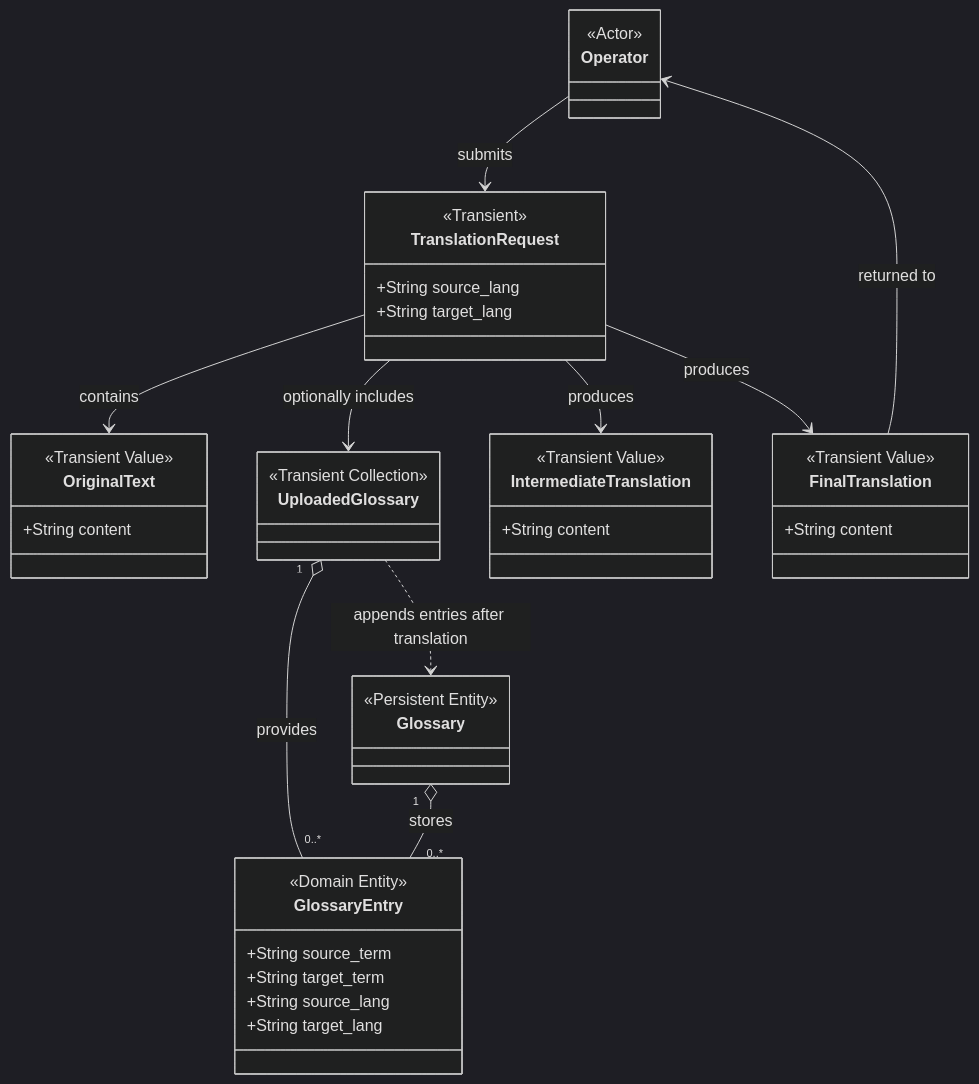
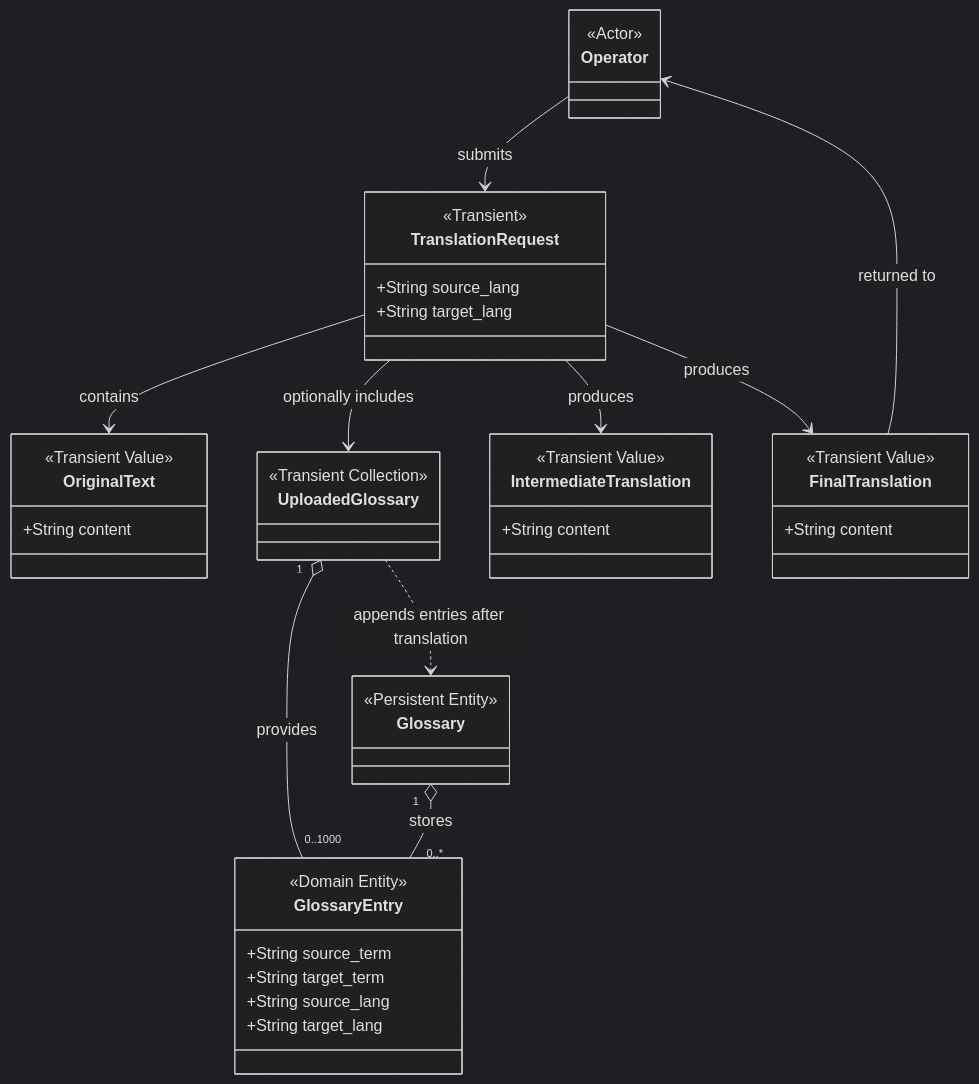
Before and after one commit to 1716964609/GMSv4: the diagram in docs/entity-model.md, drawn with Mermaid (dark theme). The commit also changed other lines of this file and 6 other files, not shown here.

Commit message:
feat(glossary): enforce 1000-entry upload limit

````diff
--- a/docs/entity-model.md
+++ b/docs/entity-model.md
@@ -50,61 +50,61 @@
 ```mermaid
 classDiagram
     direction TB
 
     class Operator {
         <<Actor>>
     }
 
     class TranslationRequest {
         <<Transient>>
         +String source_lang
         +String target_lang
     }
 
     class OriginalText {
         <<Transient Value>>
         +String content
     }
 
     class UploadedGlossary {
         <<Transient Collection>>
     }
 
     class Glossary {
         <<Persistent Entity>>
     }
 
     class GlossaryEntry {
         <<Domain Entity>>
         +String source_term
         +String target_term
         +String source_lang
         +String target_lang
     }
 
     class IntermediateTranslation {
         <<Transient Value>>
         +String content
     }
 
     class FinalTranslation {
         <<Transient Value>>
         +String content
     }
 
     Operator --> TranslationRequest : submits
 
     TranslationRequest --> OriginalText : contains
     TranslationRequest --> UploadedGlossary : optionally includes
 
-    UploadedGlossary "1" o-- "0..*" GlossaryEntry : provides
+    UploadedGlossary "1" o-- "0..1000" GlossaryEntry : provides
 
     Glossary "1" o-- "0..*" GlossaryEntry : stores
 
     TranslationRequest --> IntermediateTranslation : produces
     TranslationRequest --> FinalTranslation : produces
 
     UploadedGlossary ..> Glossary : appends entries after translation
 
     FinalTranslation --> Operator : returned to
 ```
````
